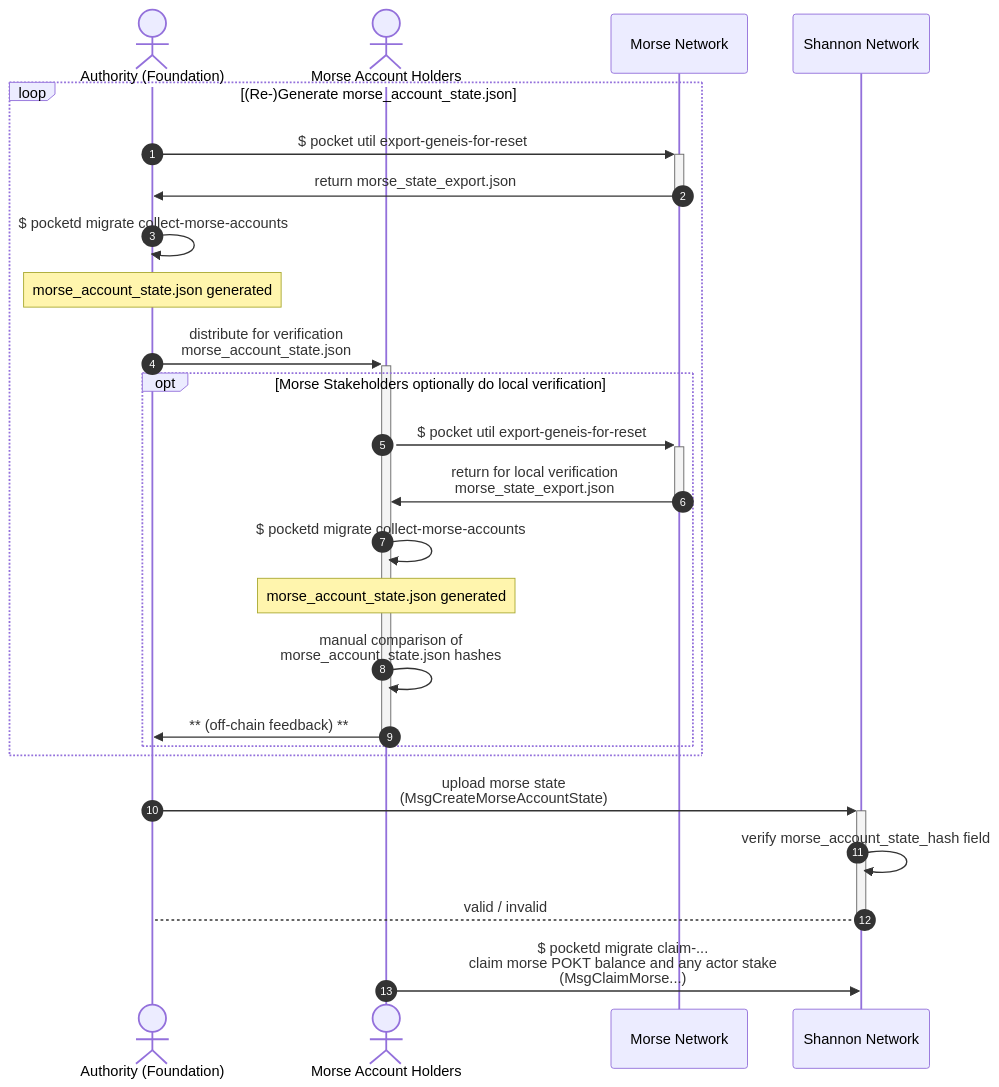
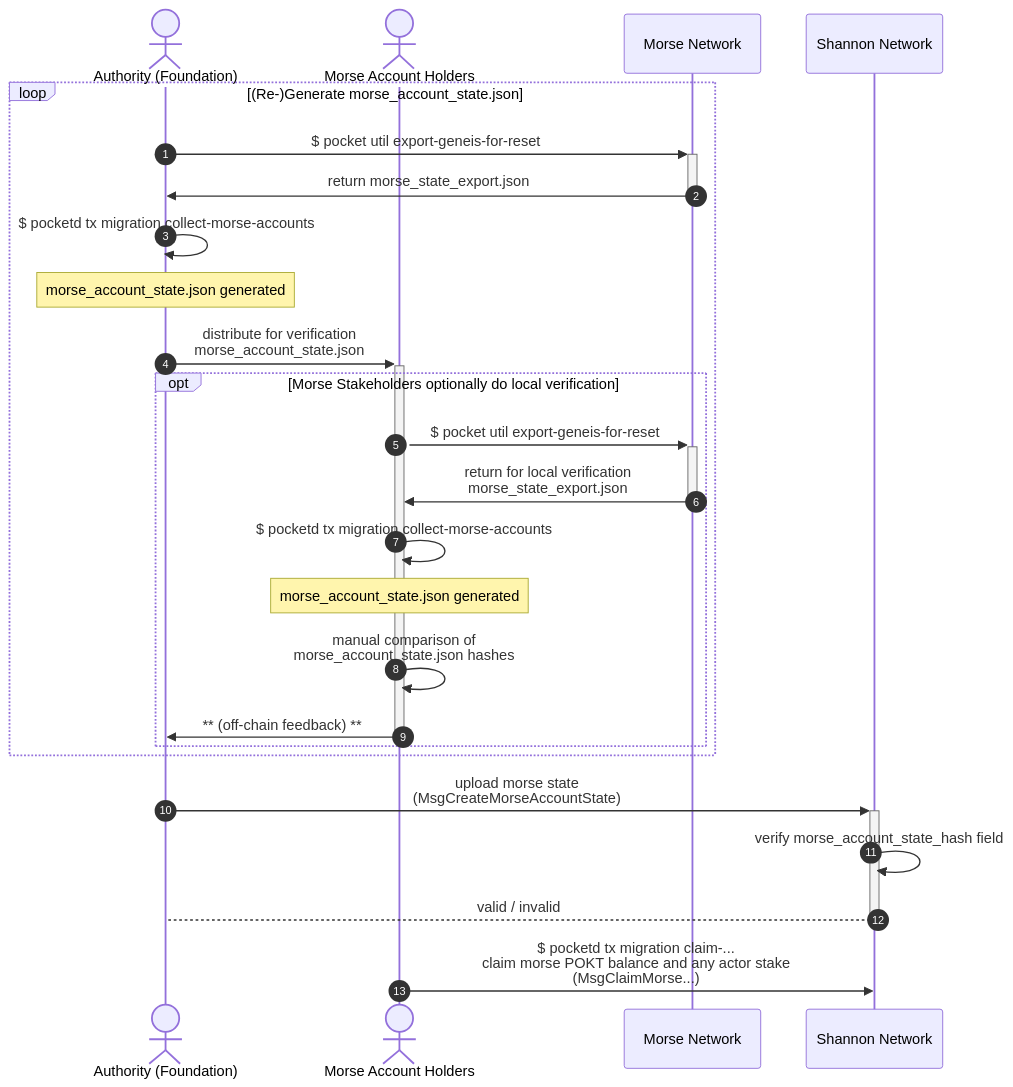
The diagram in docusaurus/docs/operate/morse_migration/2_introduction.md (pokt-network/poktroll), drawn with Mermaid before and after one commit. The commit also changed 25 other files, not shown here.

````diff
--- a/docusaurus/docs/operate/morse_migration/2_introduction.md
+++ b/docusaurus/docs/operate/morse_migration/2_introduction.md
@@ -92,31 +92,31 @@
 ```mermaid
 sequenceDiagram
     autonumber
     actor A as Authority (Foundation)
     actor MA as Morse Account Holders
     participant MN as Morse Network
     participant SN as Shannon Network
 
     loop (Re-)Generate morse_account_state.json
         A ->>+ MN: $ pocket util export-geneis-for-reset
         MN ->>- A: return morse_state_export.json
-        A ->> A: $ pocketd migrate collect-morse-accounts
+        A ->> A: $ pocketd tx migration collect-morse-accounts
         note over A: morse_account_state.json generated
         A ->>+ MA: distribute for verification <br> morse_account_state.json
 
         opt Morse Stakeholders optionally do local verification
             MA ->>+ MN: $ pocket util export-geneis-for-reset
             MN ->>- MA: return for local verification <br> morse_state_export.json
-            MA ->> MA: $ pocketd migrate collect-morse-accounts
+            MA ->> MA: $ pocketd tx migration collect-morse-accounts
             note over MA: morse_account_state.json generated
             MA ->> MA: manual comparison of <br> morse_account_state.json hashes
             MA ->>- A: ** (off-chain feedback) **
         end
 
     end
 
     A ->>+ SN: upload morse state<br/>(MsgCreateMorseAccountState)
     SN ->> SN: verify morse_account_state_hash field
     SN -->- A: valid / invalid
-    MA ->> SN: $ pocketd migrate claim-...<br/>claim morse POKT balance and any actor stake<br/>(MsgClaimMorse...)
+    MA ->> SN: $ pocketd tx migration claim-...<br/>claim morse POKT balance and any actor stake<br/>(MsgClaimMorse...)
 ```
````
